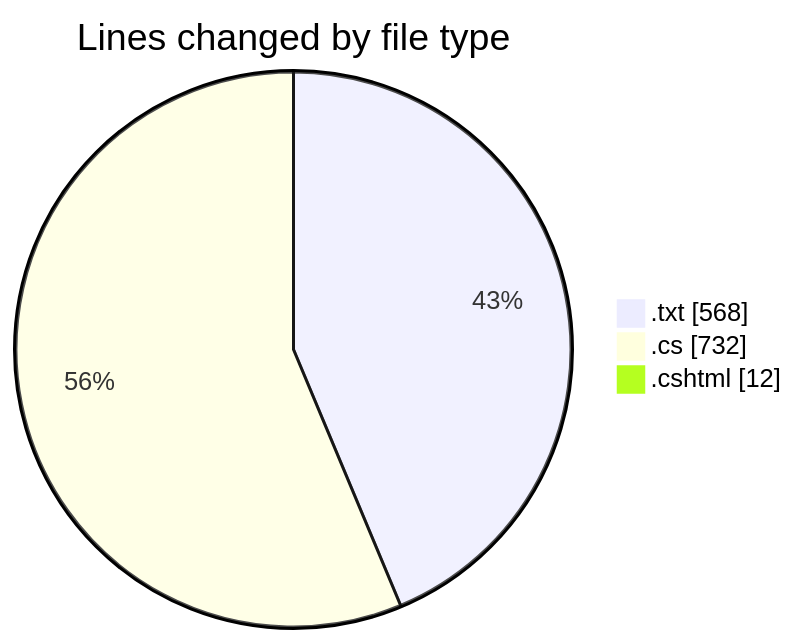
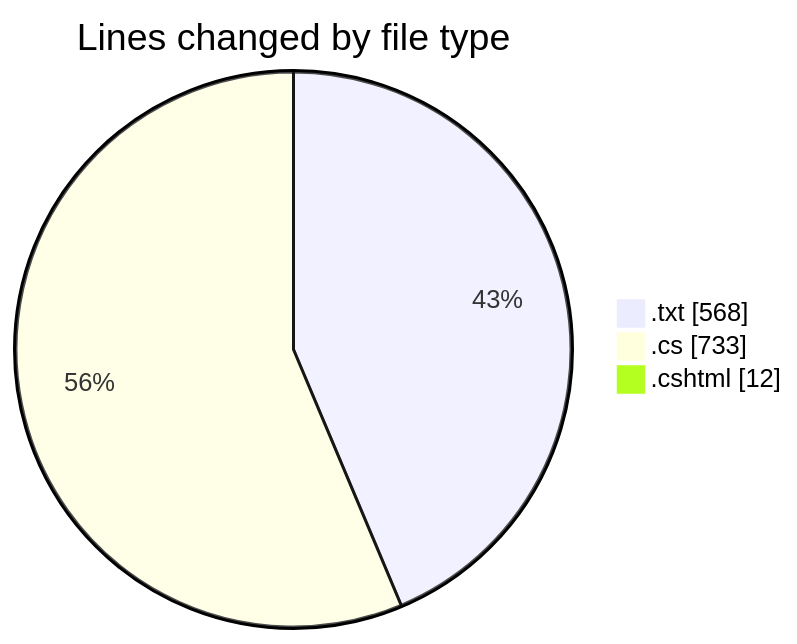
The first of 2 diagrams in 2025-07-26/quanlyrapchieuphim-1/README.md (lephambinh05/code-tracking), drawn with Mermaid before and after one commit. The commit also changed other lines of this file and 1 other file, not shown here.

````diff
--- a/2025-07-26/quanlyrapchieuphim-1/README.md
+++ b/2025-07-26/quanlyrapchieuphim-1/README.md
@@ -25,7 +25,7 @@
 ```mermaid
 pie showData
 title Lines changed by file type
 ".txt" : 568
-".cs" : 732
+".cs" : 733
 ".cshtml" : 12
 ```
````
